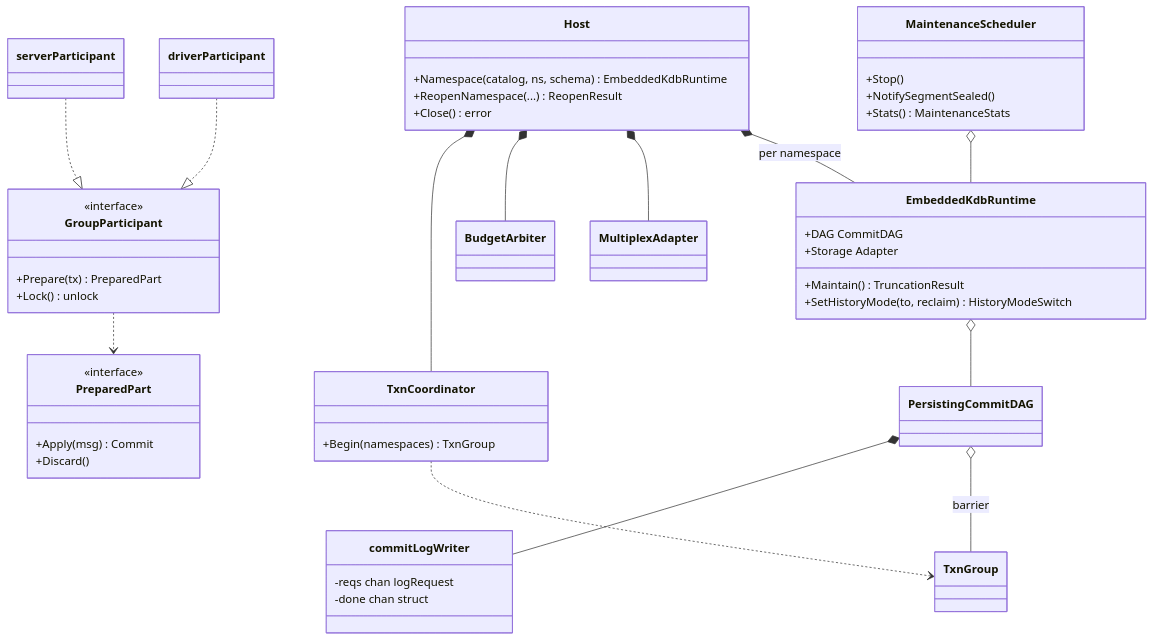
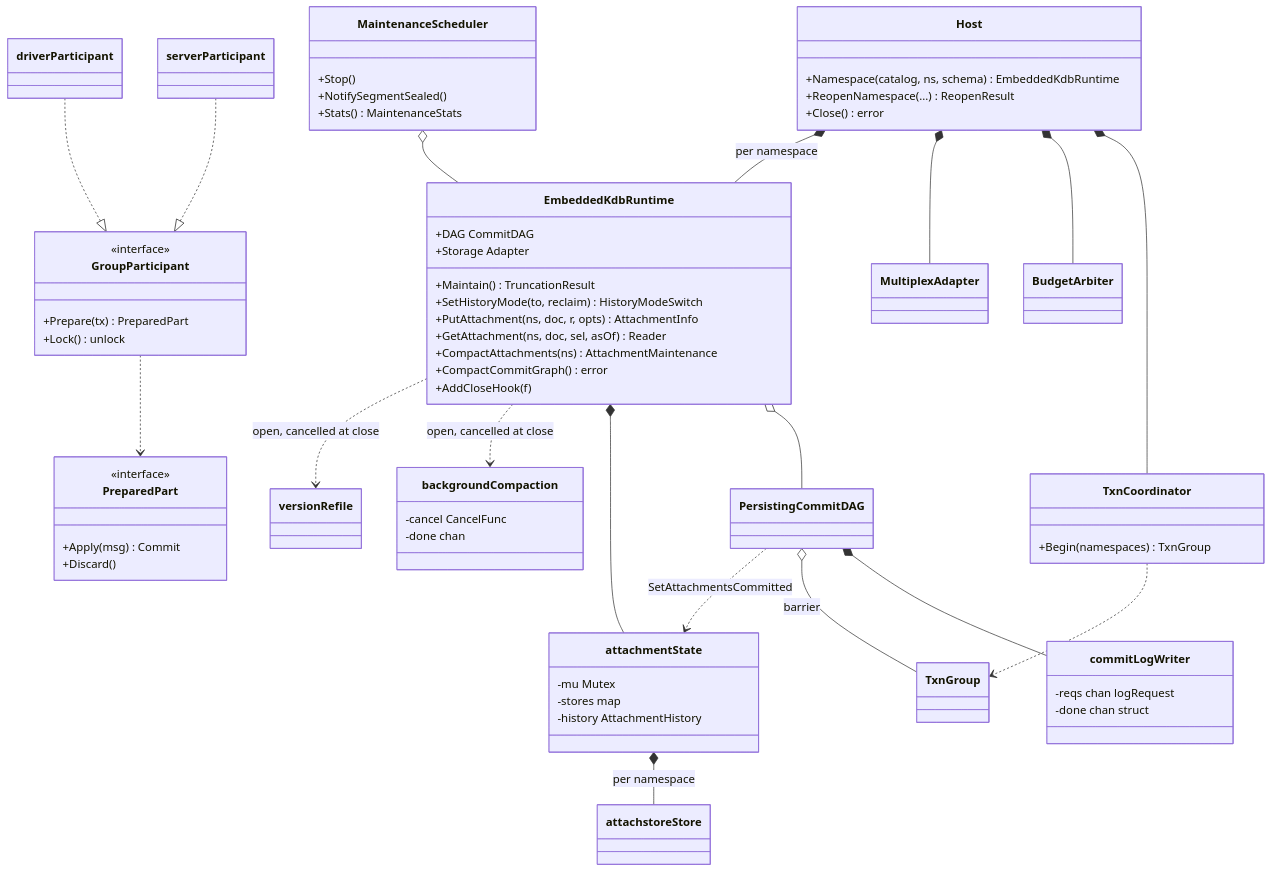
Before and after one commit to dbeasty/kdb: diagram 12 of 13 in docs/kdb-class-design.md, drawn with Mermaid. The commit also changed other lines of this file and 36 other files, not shown here.

First line of the commit message:
docs: refresh class design and flows against main of 2026-10-23

````diff
--- a/docs/kdb-class-design.md
+++ b/docs/kdb-class-design.md
@@ -1590,48 +2346,67 @@
 ```mermaid
 classDiagram
   class Host {
     +Namespace(catalog, ns, schema) EmbeddedKdbRuntime
     +ReopenNamespace(...) ReopenResult
     +Close() error
   }
   class EmbeddedKdbRuntime {
     +DAG CommitDAG
     +Storage Adapter
     +Maintain() TruncationResult
     +SetHistoryMode(to, reclaim) HistoryModeSwitch
+    +PutAttachment(ns, doc, r, opts) AttachmentInfo
+    +GetAttachment(ns, doc, sel, asOf) Reader
+    +CompactAttachments(ns) AttachmentMaintenance
+    +CompactCommitGraph() error
+    +AddCloseHook(f)
+  }
+  class attachmentState {
+    -mu Mutex
+    -stores map
+    -history AttachmentHistory
+  }
+  class backgroundCompaction {
+    -cancel CancelFunc
+    -done chan
   }
   class commitLogWriter {
     -reqs chan logRequest
     -done chan struct
   }
   class TxnCoordinator {
     +Begin(namespaces) TxnGroup
   }
   class GroupParticipant {
     <<interface>>
     +Prepare(tx) PreparedPart
     +Lock() unlock
   }
   class PreparedPart {
     <<interface>>
     +Apply(msg) Commit
     +Discard()
   }
   class MaintenanceScheduler {
     +Stop()
     +NotifySegmentSealed()
     +Stats() MaintenanceStats
   }
   Host *-- TxnCoordinator
   Host *-- BudgetArbiter
   Host *-- MultiplexAdapter
   Host *-- EmbeddedKdbRuntime : per namespace
   EmbeddedKdbRuntime o-- PersistingCommitDAG
   PersistingCommitDAG *-- commitLogWriter
   PersistingCommitDAG o-- TxnGroup : barrier
   TxnCoordinator ..> TxnGroup
   GroupParticipant ..> PreparedPart
   MaintenanceScheduler o-- EmbeddedKdbRuntime
+  EmbeddedKdbRuntime *-- attachmentState
+  attachmentState *-- attachstoreStore : per namespace
+  EmbeddedKdbRuntime ..> backgroundCompaction : open, cancelled at close
+  EmbeddedKdbRuntime ..> versionRefile : open, cancelled at close
+  PersistingCommitDAG ..> attachmentState : SetAttachmentsCommitted
   serverParticipant ..|> GroupParticipant
   driverParticipant ..|> GroupParticipant
 ```
````
